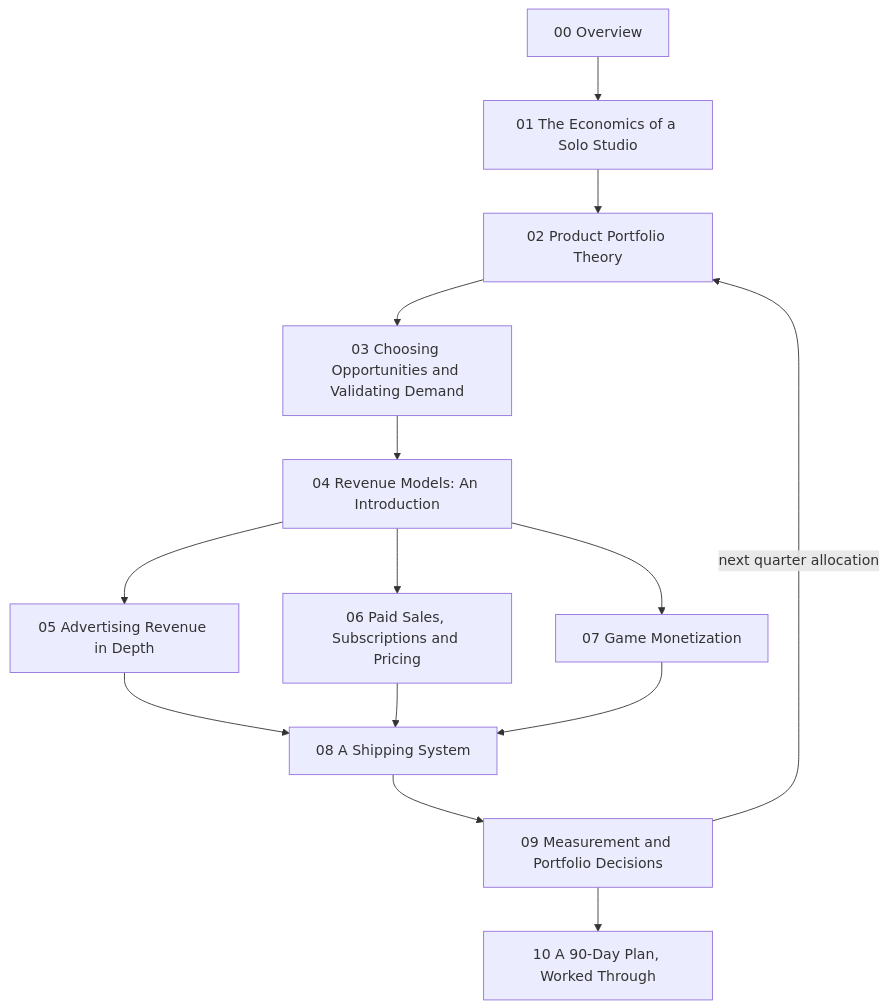
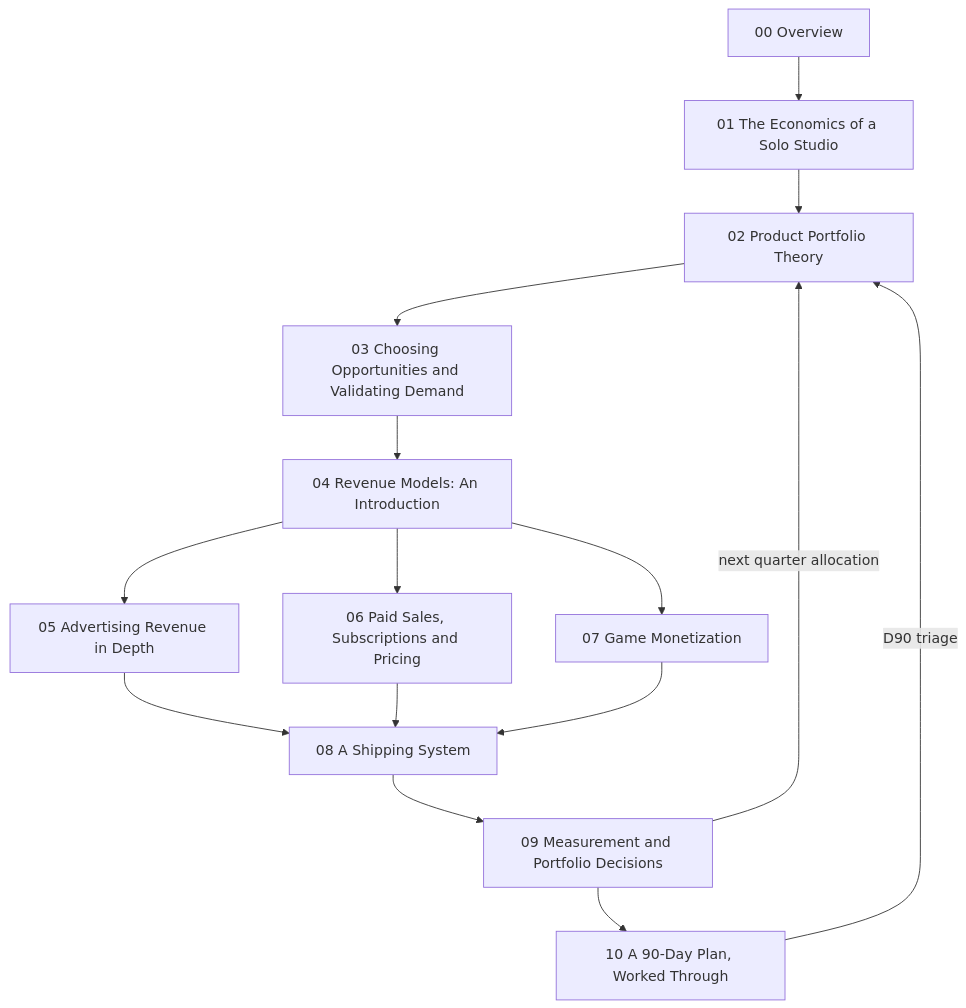
One commit to linjingzhu/tech-jeongsu changed the diagram in content/en/studio/00-overview.md. Above: the diagram before and after it, drawn with Mermaid. The commit also changed other lines of this file and 192 other files, not shown here.

````diff
--- a/content/en/studio/00-overview.md
+++ b/content/en/studio/00-overview.md
@@ -53,16 +53,17 @@
 ```mermaid
 flowchart TD
     D00[00 Overview] --> D01[01 The Economics of a Solo Studio]
     D01 --> D02[02 Product Portfolio Theory]
     D02 --> D03[03 Choosing Opportunities and Validating Demand]
     D03 --> D04[04 Revenue Models: An Introduction]
     D04 --> D05[05 Advertising Revenue in Depth]
     D04 --> D06[06 Paid Sales, Subscriptions and Pricing]
     D04 --> D07[07 Game Monetization]
     D05 --> D08[08 A Shipping System]
     D06 --> D08
     D07 --> D08
     D08 --> D09[09 Measurement and Portfolio Decisions]
     D09 -->|next quarter allocation| D02
     D09 --> D10[10 A 90-Day Plan, Worked Through]
+    D10 -->|D90 triage| D02
 ```
````
